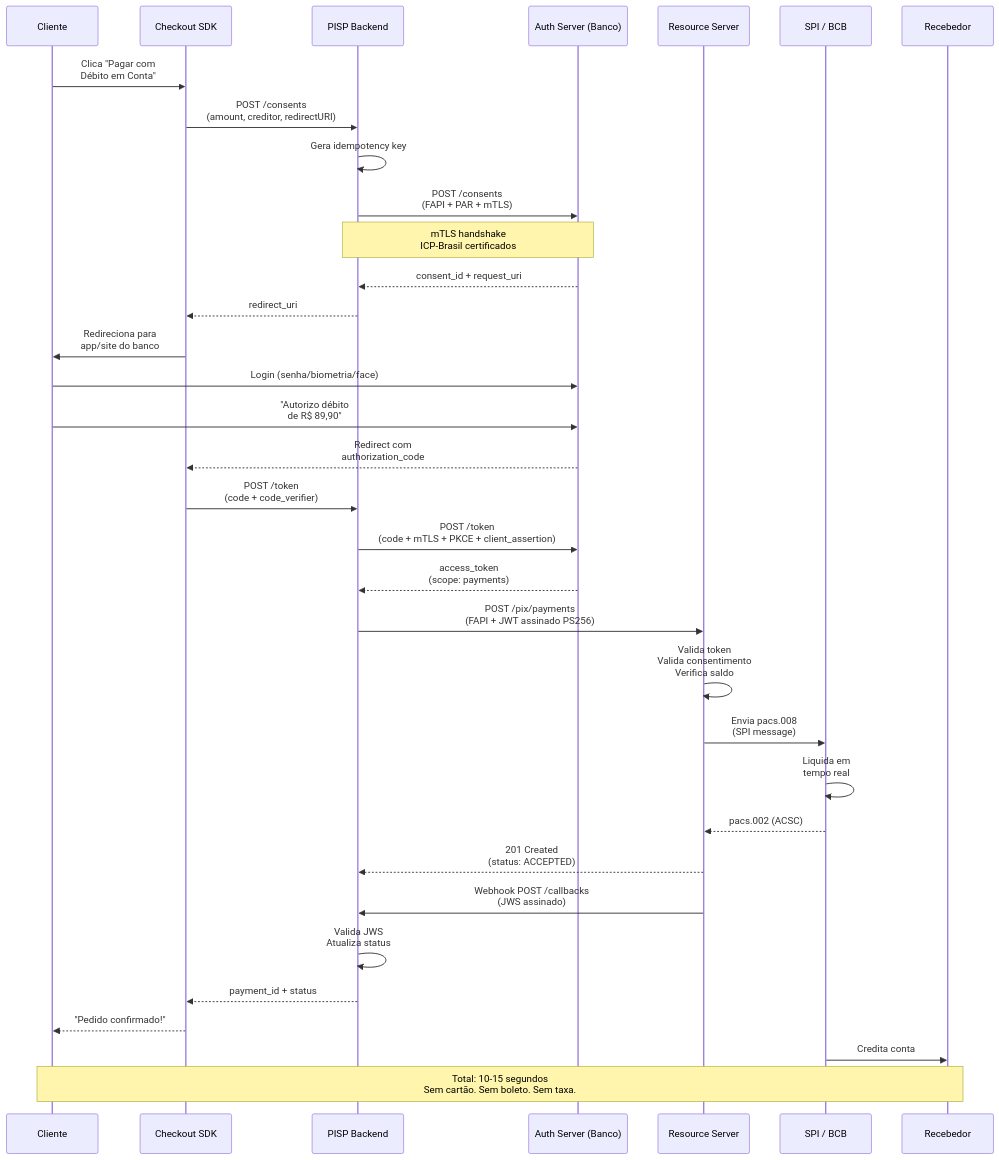
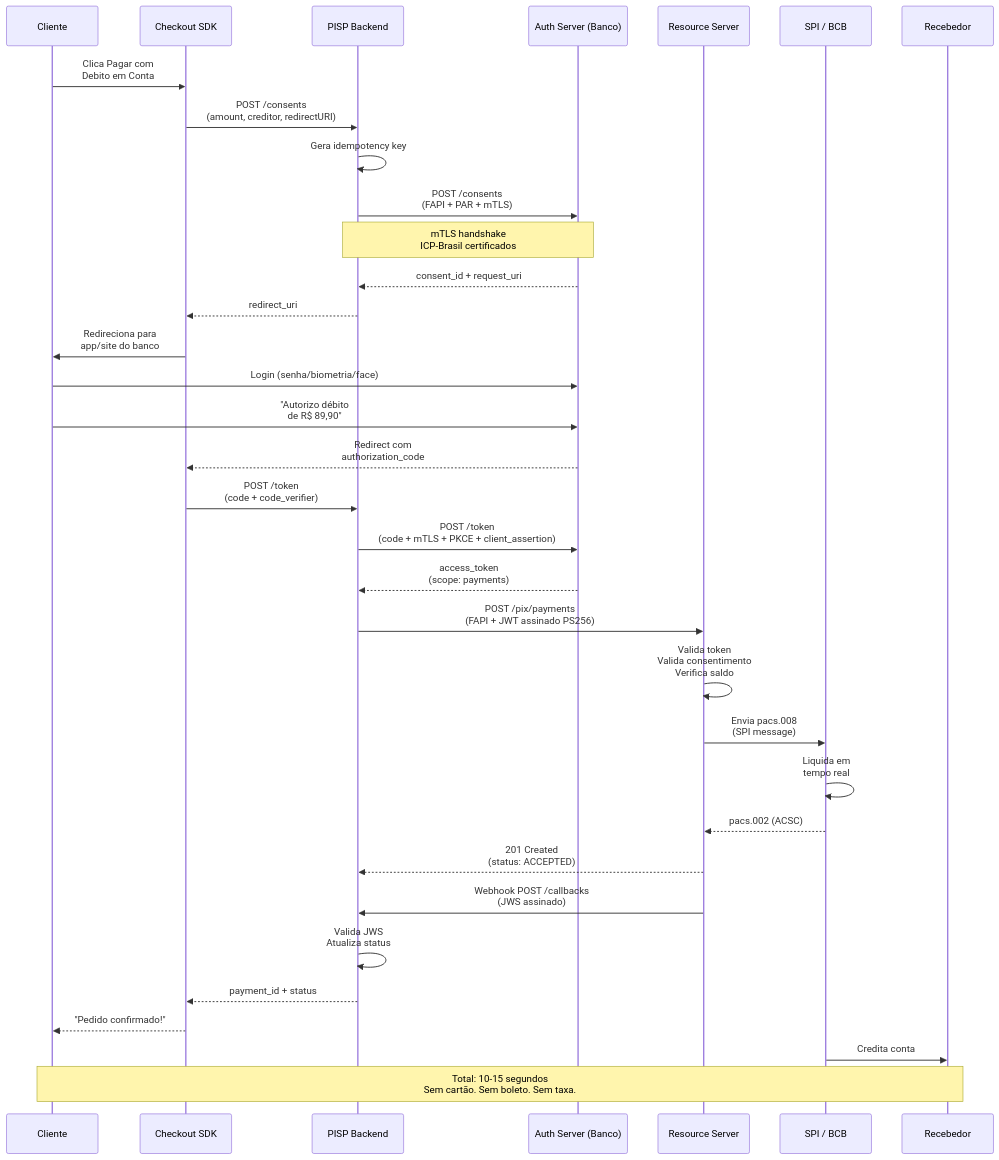
Before and after one commit to mateussiqueira/banking-stack: the second of 3 diagrams in packages/docs/challenges/15-pisp.md, drawn with Mermaid. The commit also changed other lines of this file and 8 other files, not shown here.

First line of the commit message:
fix: 67/67 mermaid diagrams rendering — teste browser confirma

````diff
--- a/packages/docs/challenges/15-pisp.md
+++ b/packages/docs/challenges/15-pisp.md
@@ -222,38 +222,38 @@
 ```mermaid
 sequenceDiagram
     participant U as Cliente
     participant SDK as Checkout SDK
     participant PISP as PISP Backend
     participant AS as Auth Server (Banco)
     participant RS as Resource Server
     participant SPI as SPI / BCB
     participant R as Recebedor
 
-    U->>SDK: Clica "Pagar com<br/>Débito em Conta"
+    U->>SDK: Clica Pagar com<br/>Debito em Conta
     SDK->>PISP: POST /consents<br/>(amount, creditor, redirectURI)
     PISP->>PISP: Gera idempotency key
     PISP->>AS: POST /consents<br/>(FAPI + PAR + mTLS)
     Note over PISP,AS: mTLS handshake<br/>ICP-Brasil certificados
     AS-->>PISP: consent_id + request_uri
     PISP-->>SDK: redirect_uri
     SDK->>U: Redireciona para<br/>app/site do banco
     U->>AS: Login (senha/biometria/face)
     U->>AS: "Autorizo débito<br/>de R$ 89,90"
     AS-->>SDK: Redirect com<br/>authorization_code
     SDK->>PISP: POST /token<br/>(code + code_verifier)
     PISP->>AS: POST /token<br/>(code + mTLS + PKCE + client_assertion)
     AS-->>PISP: access_token<br/>(scope: payments)
     PISP->>RS: POST /pix/payments<br/>(FAPI + JWT assinado PS256)
     RS->>RS: Valida token<br/>Valida consentimento<br/>Verifica saldo
     RS->>SPI: Envia pacs.008<br/>(SPI message)
     SPI->>SPI: Liquida em<br/>tempo real
     SPI-->>RS: pacs.002 (ACSC)
     RS-->>PISP: 201 Created<br/>(status: ACCEPTED)
     RS->>PISP: Webhook POST /callbacks<br/>(JWS assinado)
     PISP->>PISP: Valida JWS<br/>Atualiza status
     PISP-->>SDK: payment_id + status
     SDK-->>U: "Pedido confirmado!"
     SPI->>R: Credita conta
 
     Note over U,R: Total: 10-15 segundos<br/>Sem cartão. Sem boleto. Sem taxa.
 ```
````
